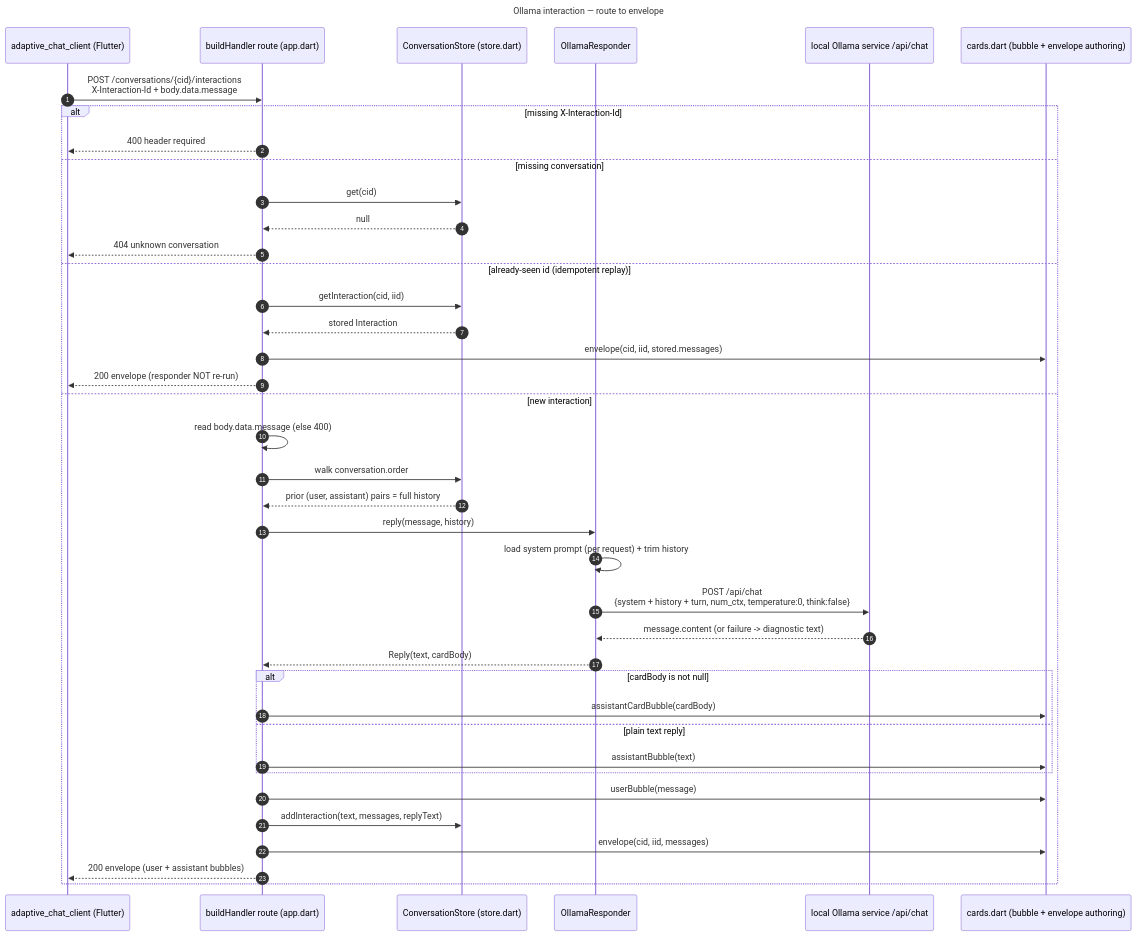
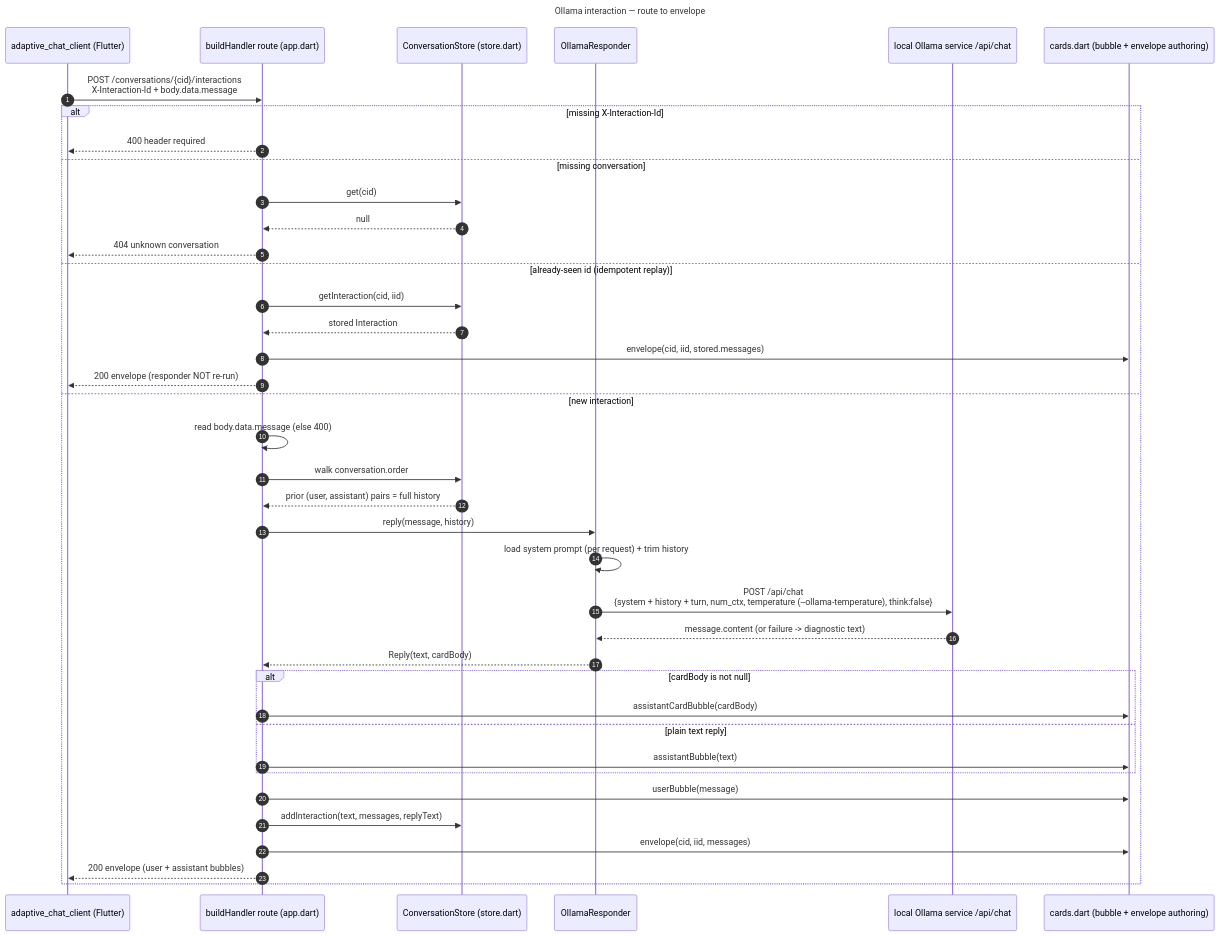
The second of 3 diagrams in adaptive_chat_server_dart/README.md (freemansoft/Flutter-AdaptiveCards), drawn with Mermaid before and after one commit. The commit also changed other lines of this file and 7 other files, not shown here.

First line of the commit message:
feat(chat-server): add --ollama-temperature flag

````diff
--- a/adaptive_chat_server_dart/README.md
+++ b/adaptive_chat_server_dart/README.md
@@ -320,45 +321,45 @@
 ```mermaid
 ---
 title: "Ollama interaction — route to envelope"
 ---
 sequenceDiagram
     autonumber
     participant C as adaptive_chat_client (Flutter)
     participant R as buildHandler route (app.dart)
     participant S as ConversationStore (store.dart)
     participant O as OllamaResponder
     participant L as local Ollama service /api/chat
     participant K as cards.dart (bubble + envelope authoring)
 
     C->>R: POST /conversations/{cid}/interactions<br/>X-Interaction-Id + body.data.message
     alt missing X-Interaction-Id
         R-->>C: 400 header required
     else missing conversation
         R->>S: get(cid)
         S-->>R: null
         R-->>C: 404 unknown conversation
     else already-seen id (idempotent replay)
         R->>S: getInteraction(cid, iid)
         S-->>R: stored Interaction
         R->>K: envelope(cid, iid, stored.messages)
         R-->>C: 200 envelope (responder NOT re-run)
     else new interaction
         R->>R: read body.data.message (else 400)
         R->>S: walk conversation.order
         S-->>R: prior (user, assistant) pairs = full history
         R->>O: reply(message, history)
         O->>O: load system prompt (per request) + trim history
-        O->>L: POST /api/chat<br/>{system + history + turn, num_ctx, temperature:0, think:false}
+        O->>L: POST /api/chat<br/>{system + history + turn, num_ctx, temperature (--ollama-temperature), think:false}
         L-->>O: message.content (or failure -> diagnostic text)
         O-->>R: Reply(text, cardBody)
         alt cardBody is not null
             R->>K: assistantCardBubble(cardBody)
         else plain text reply
             R->>K: assistantBubble(text)
         end
         R->>K: userBubble(message)
         R->>S: addInteraction(text, messages, replyText)
         R->>K: envelope(cid, iid, messages)
         R-->>C: 200 envelope (user + assistant bubbles)
     end
 ```
````
